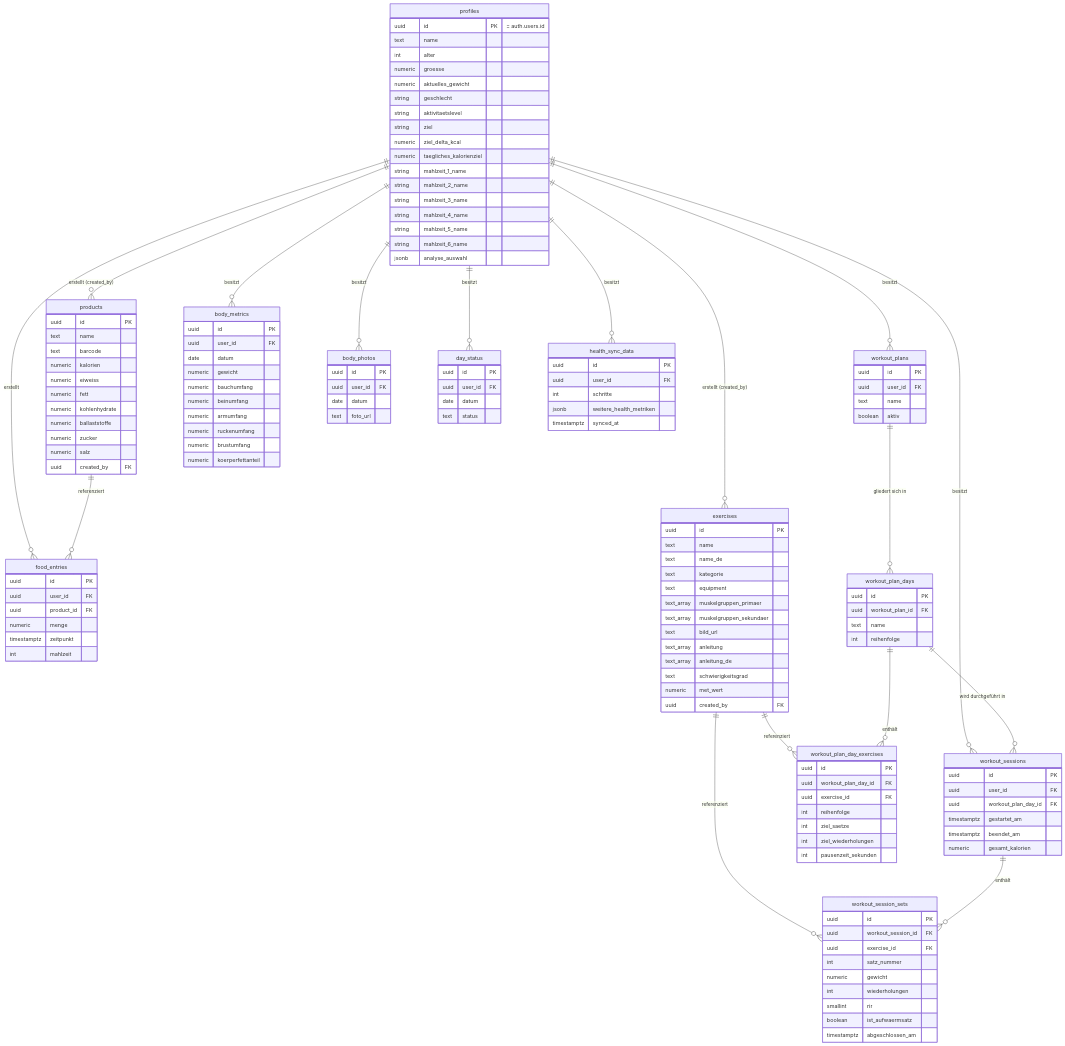
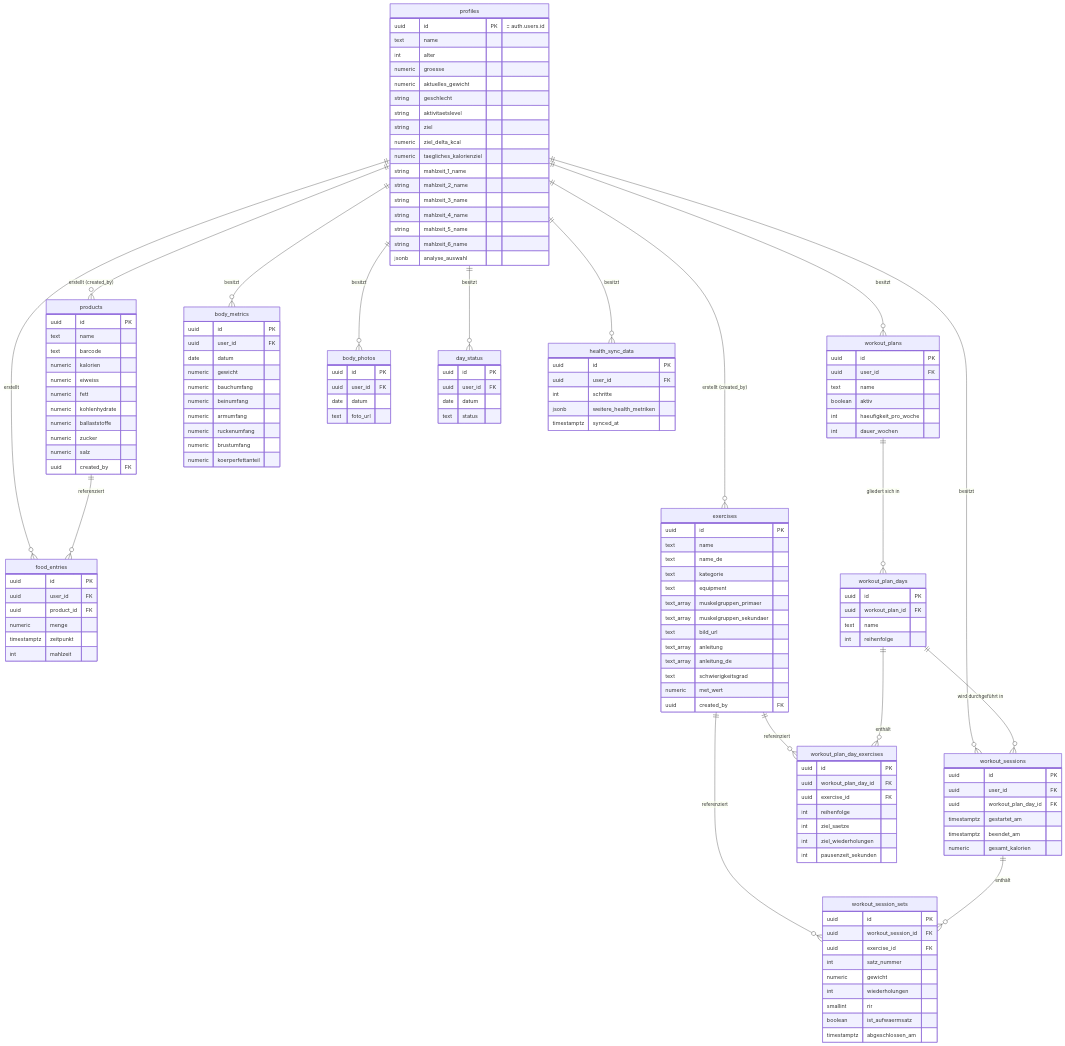
The diagram in docs/domaenenmodell.md (SueleymanOezel/fitness-app), drawn with Mermaid before and after one commit. The commit also changed other lines of this file and 2 other files, not shown here.

Commit message:
feat: add haeufigkeit_pro_woche and dauer_wochen to workout_plans
Claude-Session: https://claude.ai/code/session_017zmuUwtACeHZswFZxWkUGZ

```diff
--- a/docs/domaenenmodell.md
+++ b/docs/domaenenmodell.md
@@ -102,6 +102,8 @@
         uuid user_id FK
         text name
         boolean aktiv
+        int haeufigkeit_pro_woche
+        int dauer_wochen
     }
 
     workout_plan_days {
```
